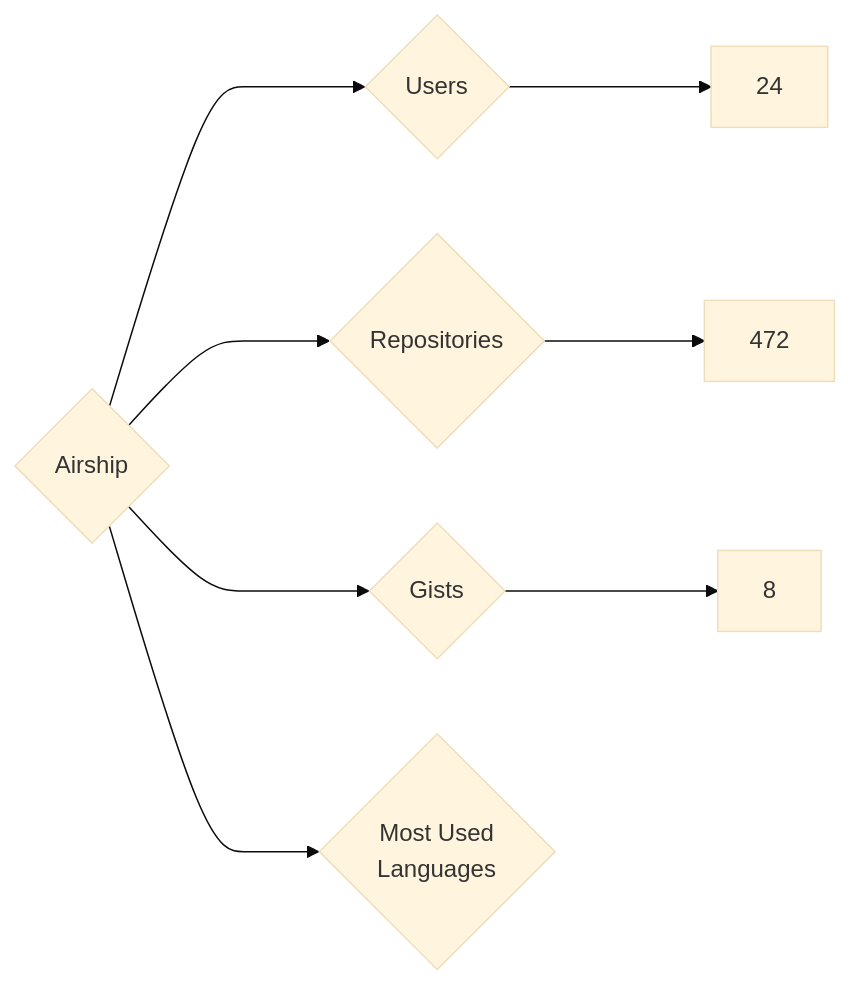
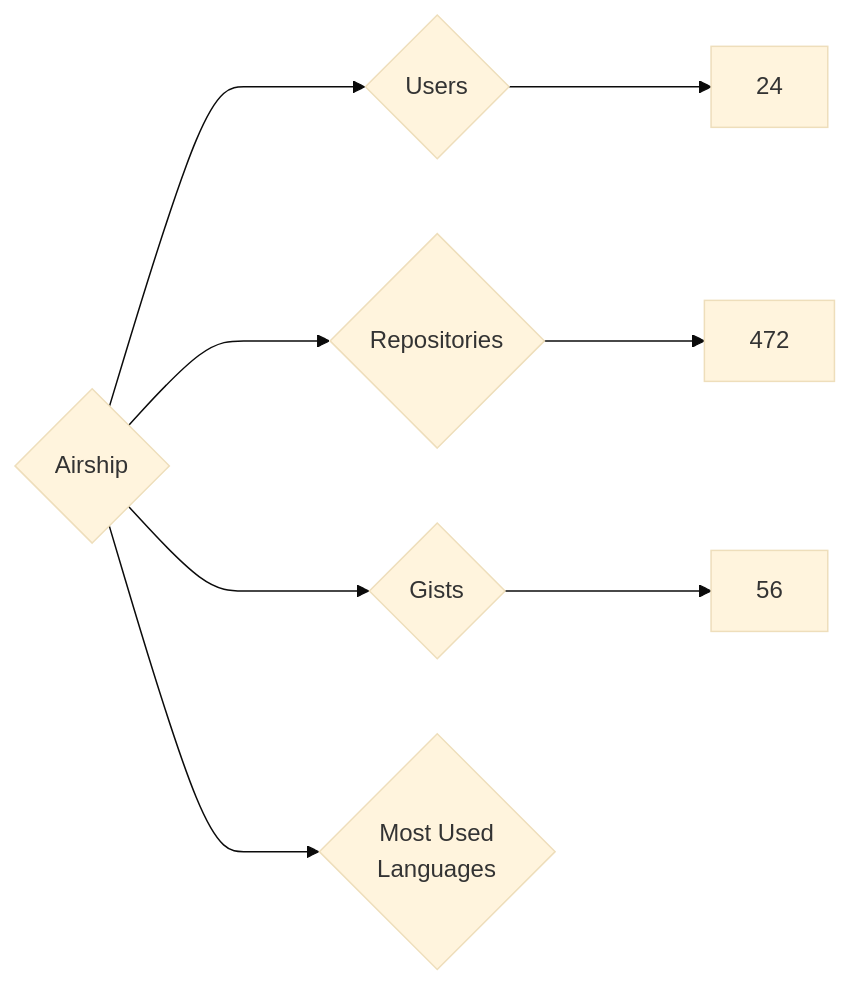
Before and after one commit to nenadzaric/insiders: the diagram in targets/Airship/README.md, drawn with Mermaid (base theme). The commit also changed 1342 other files, not shown here.

````diff
--- a/targets/Airship/README.md
+++ b/targets/Airship/README.md
@@ -3,8 +3,8 @@
 ```mermaid
 graph LR
 COMPANY_NAME{Airship}
 COMPANY_NAME ---> U{Users} ---> UN[24]
 COMPANY_NAME ---> R{Repositories} ---> RN[472]
-COMPANY_NAME ---> G{Gists} ---> GN[8]
+COMPANY_NAME ---> G{Gists} ---> GN[56]
 COMPANY_NAME ---> ML{Most Used<br>Languages}
 ```
````
